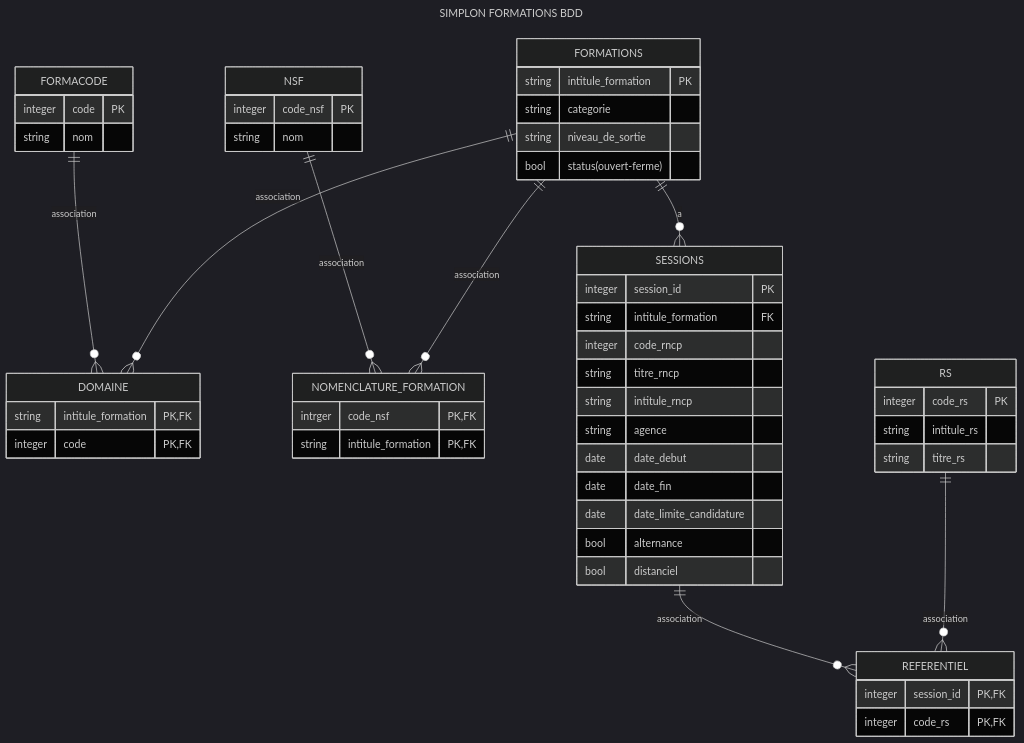
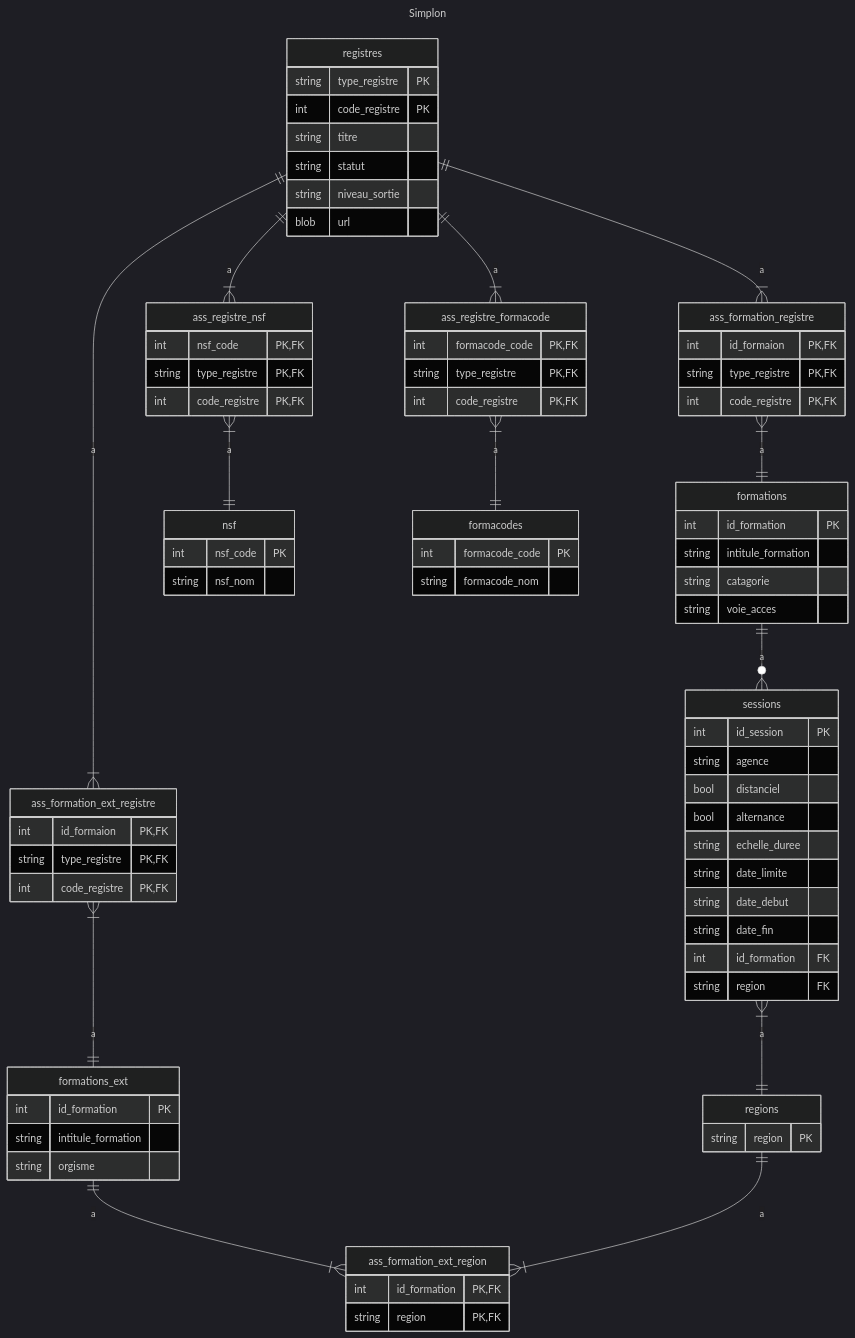
One commit to GuilhemDolet/3_weeks_simplon_project changed the diagram in README.md. Above: the diagram before and after it, drawn with Mermaid (dark theme). The commit also changed other lines of this file, not shown here.

Commit message:
Schématisation de la BDD FINAL OK

````diff
--- a/README.md
+++ b/README.md
@@ -3,72 +1,87 @@
 ```mermaid
 ---
-title: SIMPLON FORMATIONS BDD
+title: Simplon
 ---
+
 erDiagram
-
-DOMAINE{
-        string intitule_formation PK, FK
-        integer code PK, FK
+    formations {
+        int id_formation PK
+        string intitule_formation
+        string catagorie
+        string voie_acces
+    }
+    formations_ext{
+        int id_formation PK
+        string intitule_formation
+        string orgisme
+    }
+    sessions {
+        int id_session PK
+        string agence
+        bool distanciel
+        bool alternance
+        string echelle_duree
+        string date_limite
+        string date_debut
+        string date_fin
+        int id_formation FK
+        string region FK
+    }
+    regions {
+        string region PK
+    }
+    registres {
+        string type_registre PK
+        int code_registre PK
+        string titre
+        string statut
+        string niveau_sortie
+        blob url
+    }
+    nsf {
+        int nsf_code PK
+        string nsf_nom
+    }
+    formacodes {
+        int formacode_code PK
+        string formacode_nom
+    }
+    ass_formation_registre {
+        int id_formaion PK, FK
+        string type_registre PK, FK
+        int code_registre PK, FK
+    }
+    ass_formation_ext_registre {
+        int id_formaion PK, FK
+        string type_registre PK, FK
+        int code_registre PK, FK
+    }
+    ass_registre_nsf {
+        int nsf_code PK, FK
+        string type_registre PK, FK
+        int code_registre PK, FK
+    }
+    ass_registre_formacode {
+        int formacode_code PK, FK
+        string type_registre PK, FK
+        int code_registre PK, FK
+    }
+    ass_formation_ext_region {
+        int id_formation PK, FK
+        string region PK, FK
     }
 
-    FORMATIONS{
-        string intitule_formation PK
-        string categorie
-        string niveau_de_sortie 
-        bool status(ouvert-ferme) 
-    }
+    registres ||--|{ ass_registre_nsf : a
+    ass_registre_nsf }|--|| nsf : a
+    registres ||--|{ ass_registre_formacode : a
+    ass_registre_formacode }|--|| formacodes : a
+    registres ||--|{ ass_formation_registre : a
+    ass_formation_registre }|--|| formations : a
+    registres ||--|{ ass_formation_ext_registre : a
+    ass_formation_ext_registre }|--|| formations_ext : a 
+    formations ||--o{ sessions : a    
+    sessions }|--|| regions: a
+    formations_ext ||--|{ ass_formation_ext_region : a
+    regions ||--|{ ass_formation_ext_region : a 
 
-
-    NSF{
-        integer code_nsf PK
-        string nom
-    }
-
-    NOMENCLATURE_FORMATION{
-        intrger code_nsf PK, FK
-        string intitule_formation PK, FK
-    }
-
-    FORMACODE{
-        integer code PK
-        string nom 
-    }
-
-    
-
-    REFERENTIEL{
-        integer session_id PK, FK
-        integer code_rs PK, FK
-    }
-
-    RS{
-        integer code_rs PK
-        string intitule_rs
-        string titre_rs
-    }
-
-    SESSIONS{
-        integer session_id PK
-        string intitule_formation FK
-        integer code_rncp
-        string titre_rncp
-        string intitule_rncp
-        string agence
-        date date_debut
-        date date_fin
-        date date_limite_candidature
-        bool alternance 
-        bool distanciel
-    }
-
-    FORMATIONS ||--o{ SESSIONS : "a"
-    FORMATIONS ||--o{ NOMENCLATURE_FORMATION : "association"
-    NSF ||--o{ NOMENCLATURE_FORMATION : "association"
-    RS ||--o{ REFERENTIEL : "association"
-    SESSIONS ||--o{ REFERENTIEL : "association"
-    FORMATIONS ||--o{ DOMAINE : "association"
-    FORMACODE ||--o{ DOMAINE : "association"
-  
-
-    
 ```
````
